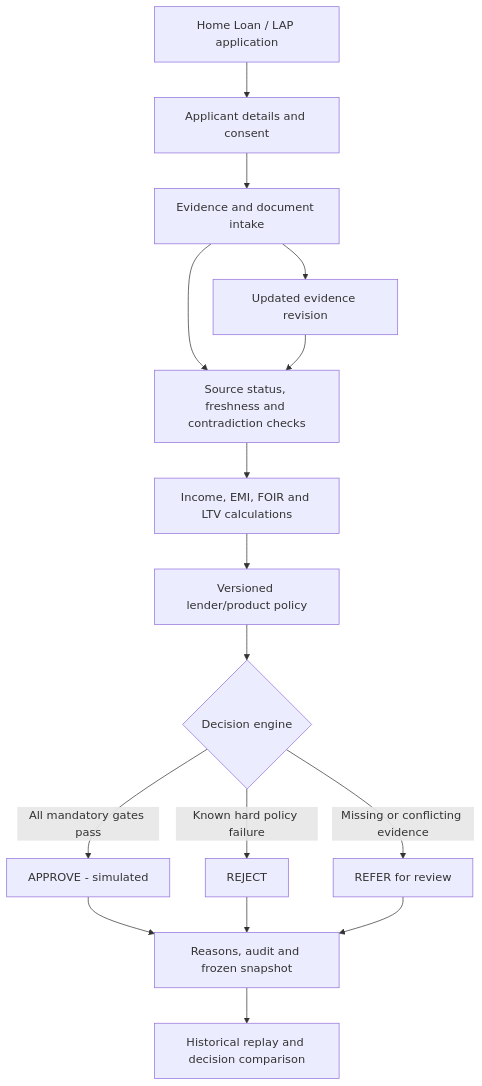
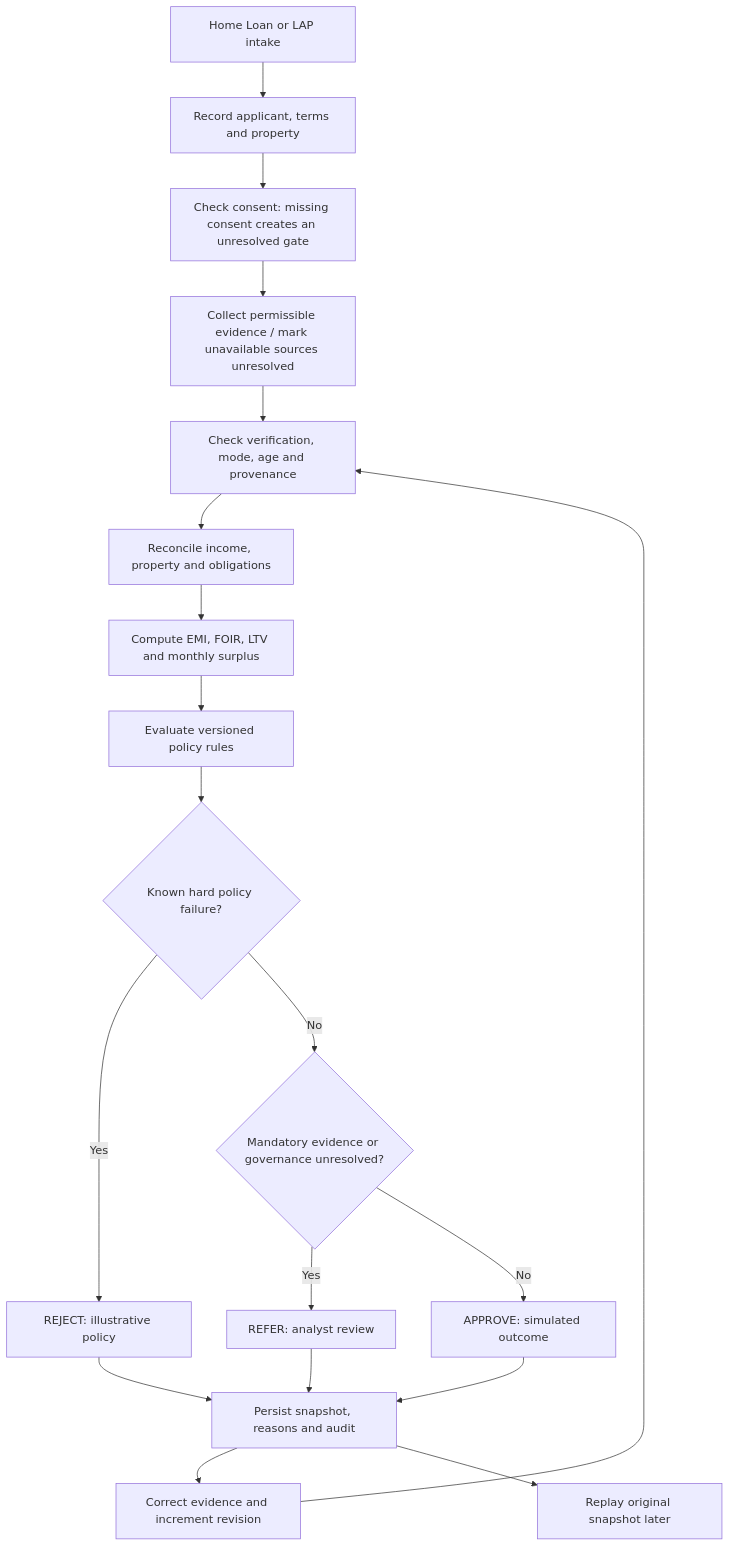
One commit to pushkkal0201-bit/AadharShila changed the first of 6 diagrams in README.md. Above: the diagram before and after it, drawn with Mermaid. The commit also changed other lines of this file, not shown here.

Commit message:
docs: expand hackathon README with evidence workflows, architecture and reproducible demos

````diff
--- a/README.md
+++ b/README.md
@@ -25,18 +146,21 @@
 ```mermaid
 flowchart TD
-    A[Home Loan / LAP application] --> B[Applicant details and consent]
-    B --> C[Evidence and document intake]
-    C --> D[Source status, freshness and contradiction checks]
-    D --> E[Income, EMI, FOIR and LTV calculations]
-    E --> F[Versioned lender/product policy]
-    F --> G{Decision engine}
-    G -->|All mandatory gates pass| H[APPROVE - simulated]
-    G -->|Known hard policy failure| I[REJECT]
-    G -->|Missing or conflicting evidence| J[REFER for review]
-    H --> K[Reasons, audit and frozen snapshot]
-    I --> K
-    J --> K
-    K --> L[Historical replay and decision comparison]
-    C --> M[Updated evidence revision]
-    M --> D
+    A[Home Loan or LAP intake] --> B[Record applicant, terms and property]
+    B --> C[Check consent: missing consent creates an unresolved gate]
+    C --> D[Collect permissible evidence / mark unavailable sources unresolved]
+    D --> E[Check verification, mode, age and provenance]
+    E --> F[Reconcile income, property and obligations]
+    F --> G[Compute EMI, FOIR, LTV and monthly surplus]
+    G --> H[Evaluate versioned policy rules]
+    H --> J{Known hard policy failure?}
+    J -->|Yes| X[REJECT: illustrative policy]
+    J -->|No| K{Mandatory evidence or governance unresolved?}
+    K -->|Yes| R2[REFER: analyst review]
+    K -->|No| P[APPROVE: simulated outcome]
+    R2 --> S[Persist snapshot, reasons and audit]
+    X --> S
+    P --> S
+    S --> T[Correct evidence and increment revision]
+    T --> E
+    S --> U[Replay original snapshot later]
 ```
````
